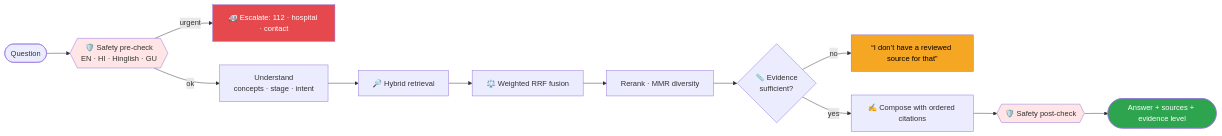
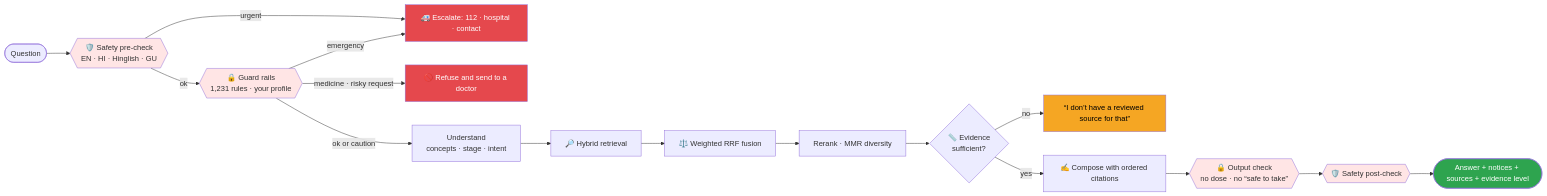
Before and after one commit to BhavyaSoneji/MATRIVA: the first of 4 diagrams in README.md, drawn with Mermaid.

Commit message:
README: show the guard rails and the output check in the answer pipeline diagram

````diff
--- a/README.md
+++ b/README.md
@@ -159,19 +159,26 @@
 ```mermaid
 flowchart LR
     Q([Question]) --> S1{{🛡️ Safety pre-check<br/>EN · HI · Hinglish · GU}}
     S1 -- urgent --> E[🚑 Escalate: 112 · hospital · contact]
-    S1 -- ok --> U[Understand<br/>concepts · stage · intent]
+    S1 -- ok --> GR{{🔒 Guard rails<br/>1,231 rules · your profile}}
+    GR -- emergency --> E
+    GR -- medicine · risky request --> B[🚫 Refuse and send to a doctor]
+    GR -- ok or caution --> U[Understand<br/>concepts · stage · intent]
     U --> R[🔎 Hybrid retrieval]
     R --> F[⚖️ Weighted RRF fusion]
     F --> K[Rerank · MMR diversity]
     K --> G{📏 Evidence<br/>sufficient?}
     G -- no --> N[“I don’t have a reviewed source for that”]
     G -- yes --> C[✍️ Compose with ordered citations]
-    C --> S2{{🛡️ Safety post-check}}
-    S2 --> A([Answer + sources + evidence level])
+    C --> O{{🔒 Output check<br/>no dose · no “safe to take”}}
+    O --> S2{{🛡️ Safety post-check}}
+    S2 --> A([Answer + notices + sources + evidence level])
     style E fill:#E5484D,color:#fff
+    style B fill:#E5484D,color:#fff
     style N fill:#F5A623,color:#000
     style A fill:#2ea44f,color:#fff
     style S1 fill:#FFE5E5
+    style GR fill:#FFE5E5
+    style O fill:#FFE5E5
     style S2 fill:#FFE5E5
 ```
````
